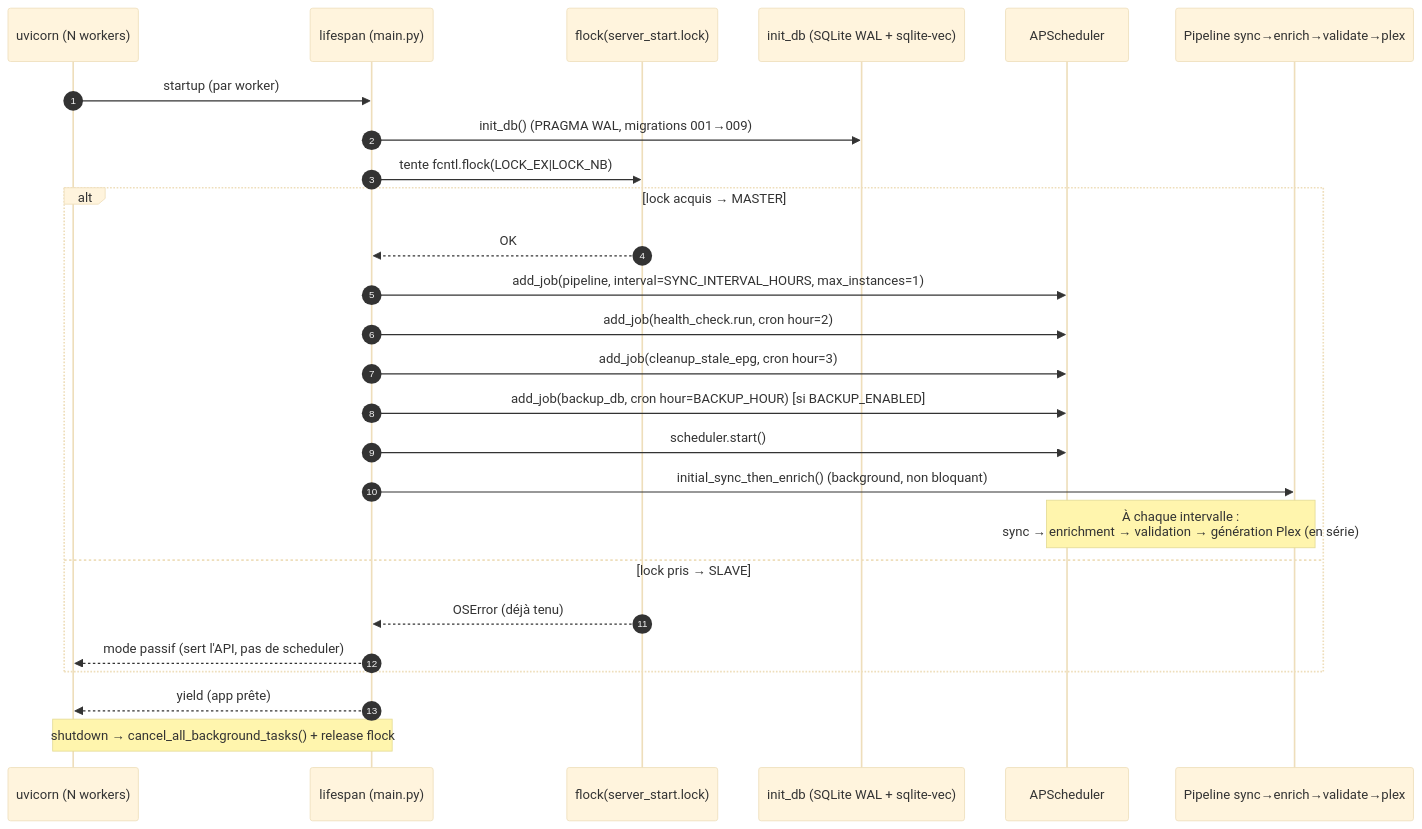
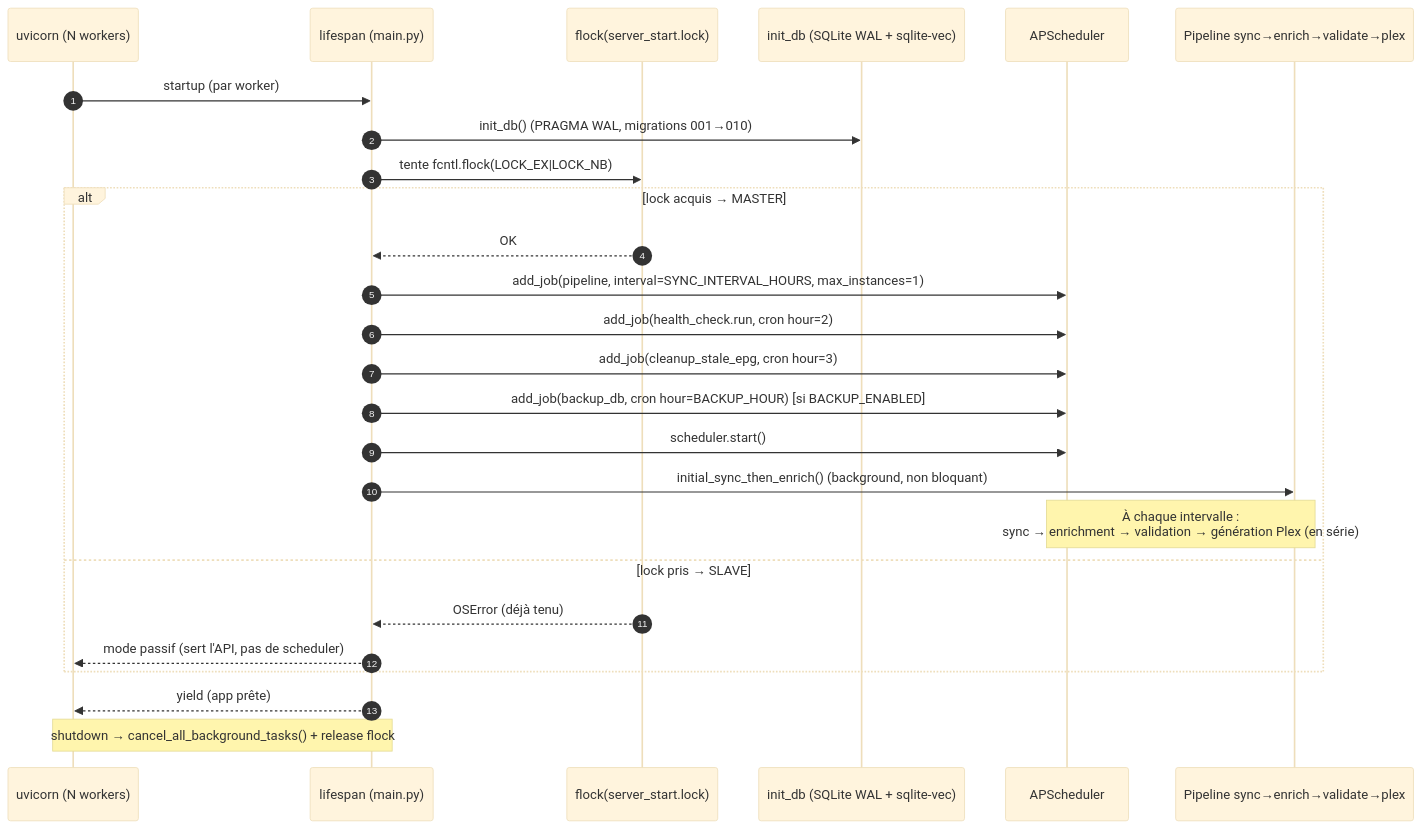
One commit to ChakirHamzaChahid/Plexhub-Backend changed the first of 9 diagrams in docs/architecture/SEQUENCE-DIAGRAMS.md. Above: the diagram before and after it, drawn with Mermaid (base theme). The commit also changed other lines of this file and 2 other files, not shown here.

````diff
--- a/docs/architecture/SEQUENCE-DIAGRAMS.md
+++ b/docs/architecture/SEQUENCE-DIAGRAMS.md
@@ -29,29 +29,29 @@
 ```mermaid
 sequenceDiagram
     autonumber
     participant U as uvicorn (N workers)
     participant L as lifespan (main.py)
     participant FS as flock(server_start.lock)
     participant DB as init_db (SQLite WAL + sqlite-vec)
     participant SCH as APScheduler
     participant PIPE as Pipeline sync→enrich→validate→plex
 
     U->>L: startup (par worker)
-    L->>DB: init_db() (PRAGMA WAL, migrations 001→009)
+    L->>DB: init_db() (PRAGMA WAL, migrations 001→010)
     L->>FS: tente fcntl.flock(LOCK_EX|LOCK_NB)
     alt lock acquis → MASTER
         FS-->>L: OK
         L->>SCH: add_job(pipeline, interval=SYNC_INTERVAL_HOURS, max_instances=1)
         L->>SCH: add_job(health_check.run, cron hour=2)
         L->>SCH: add_job(cleanup_stale_epg, cron hour=3)
         L->>SCH: add_job(backup_db, cron hour=BACKUP_HOUR) [si BACKUP_ENABLED]
         L->>SCH: scheduler.start()
         L->>PIPE: initial_sync_then_enrich() (background, non bloquant)
         Note over SCH,PIPE: À chaque intervalle :<br/>sync → enrichment → validation → génération Plex (en série)
     else lock pris → SLAVE
         FS-->>L: OSError (déjà tenu)
         L-->>U: mode passif (sert l'API, pas de scheduler)
     end
     L-->>U: yield (app prête)
     Note over U,L: shutdown → cancel_all_background_tasks() + release flock
 ```
````
